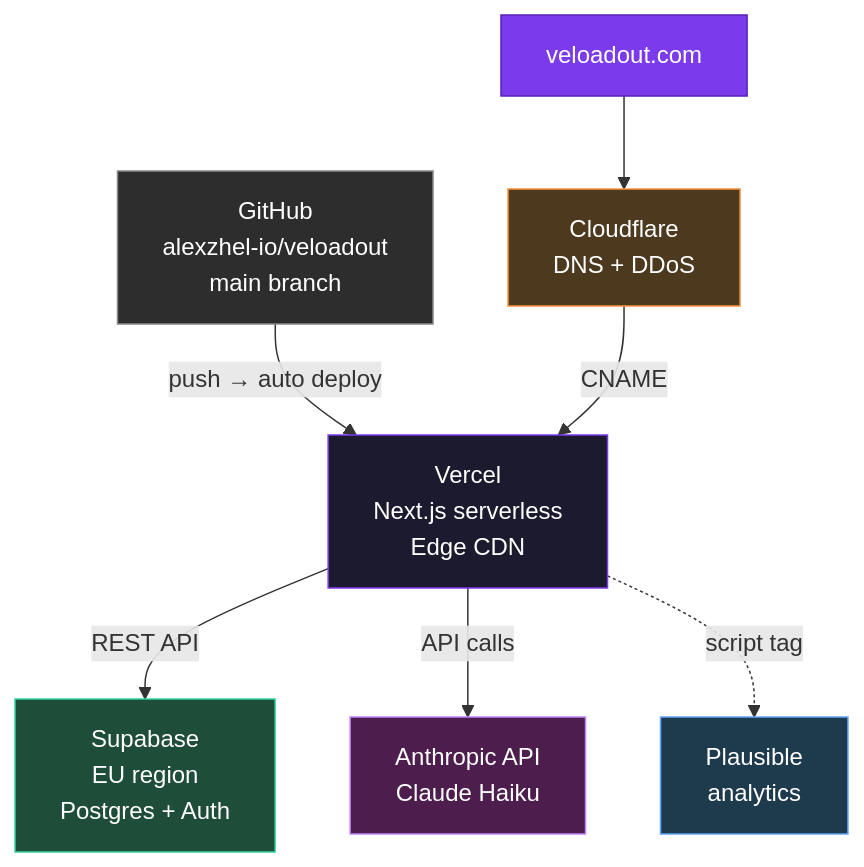
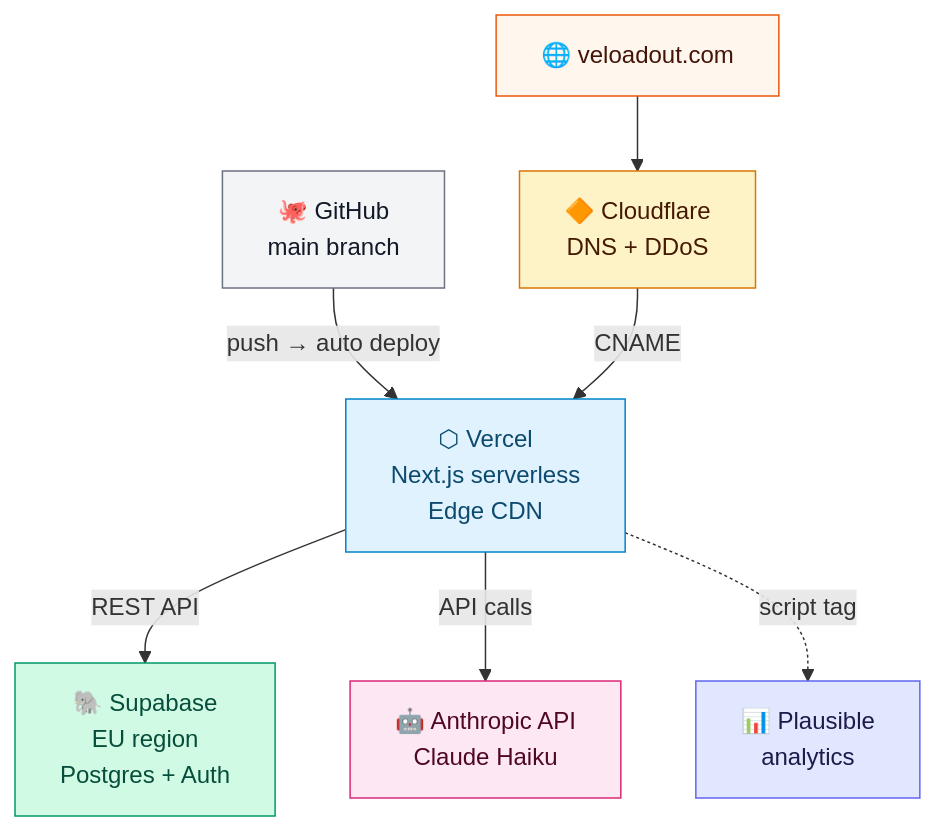
One commit to alexzhel-io/veloadout changed diagram 14 of 14 in docs/architecture.md. Above: the diagram before and after it, drawn with Mermaid. The commit also changed other lines of this file and 1 other file, not shown here.

Commit message:
docs: translate to English, pastel colors on all diagrams

````diff
--- a/docs/architecture.md
+++ b/docs/architecture.md
@@ -476,25 +501,25 @@
 ```mermaid
 graph TD
-    GH["GitHub<br>alexzhel-io/veloadout<br>main branch"]
-    VR["Vercel<br>Next.js serverless<br>Edge CDN"]
-    SB["Supabase<br>EU region<br>Postgres + Auth"]
-    CF["Cloudflare<br>DNS + DDoS"]
-    PL["Plausible<br>analytics"]
-    ANT["Anthropic API<br>Claude Haiku"]
-    DOM["veloadout.com"]
+    GH["🐙 GitHub<br>main branch"]
+    VR["⬡ Vercel<br>Next.js serverless<br>Edge CDN"]
+    SB["🐘 Supabase<br>EU region<br>Postgres + Auth"]
+    CF["🔶 Cloudflare<br>DNS + DDoS"]
+    PL["📊 Plausible<br>analytics"]
+    ANT["🤖 Anthropic API<br>Claude Haiku"]
+    DOM["🌐 veloadout.com"]
 
     GH -->|push → auto deploy| VR
     CF -->|CNAME| VR
     DOM --> CF
     VR -->|REST API| SB
     VR -->|API calls| ANT
     VR -.->|script tag| PL
 
-    style GH fill:#2d2d2d,stroke:#888,color:#fff
-    style VR fill:#1c1a2e,stroke:#7c3aed,color:#fff
-    style SB fill:#1e4d3a,stroke:#34d399,color:#fff
-    style CF fill:#4d3a1e,stroke:#fb923c,color:#fff
-    style PL fill:#1e3a4d,stroke:#60a5fa,color:#fff
-    style ANT fill:#4d1e4d,stroke:#c084fc,color:#fff
-    style DOM fill:#7c3aed,stroke:#5b21b6,color:#fff
+    style GH fill:#f3f4f6,stroke:#6b7280,color:#111827
+    style VR fill:#e0f2fe,stroke:#0284c7,color:#0c4a6e
+    style SB fill:#d1fae5,stroke:#059669,color:#064e3b
+    style CF fill:#fef3c7,stroke:#d97706,color:#451a03
+    style PL fill:#e0e7ff,stroke:#6366f1,color:#1e1b4b
+    style ANT fill:#fce7f3,stroke:#db2777,color:#500724
+    style DOM fill:#fff7ed,stroke:#ea580c,color:#431407
 ```
````
